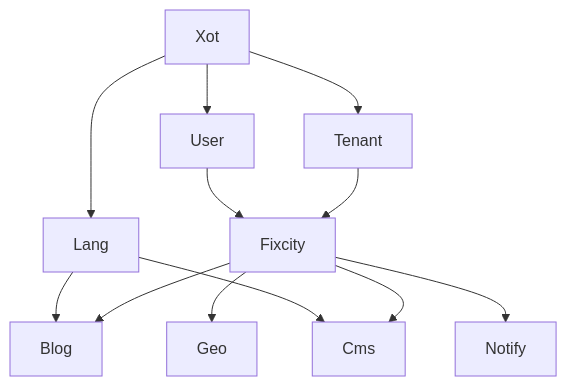
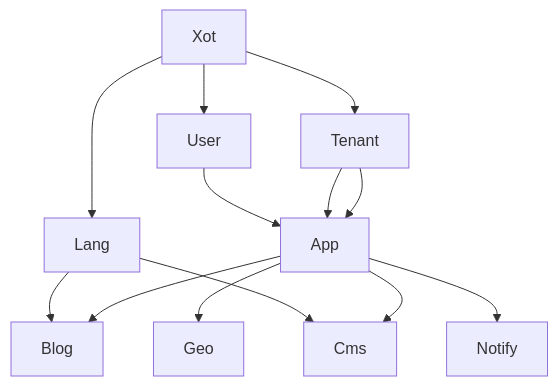
One commit to laraxot/base_techplanner_fila5 changed the diagram in laravel/Modules/Notify/docs/project_docs/architecture.md. Above: the diagram before and after it, drawn with Mermaid. The commit also changed other lines of this file and 13885 other files, not shown here.

````diff
--- a/laravel/Modules/Notify/docs/project_docs/architecture.md
+++ b/laravel/Modules/Notify/docs/project_docs/architecture.md
@@ -94,14 +98,15 @@
 ```mermaid
 graph TD
     A[Xot] --> B[Tenant]
     A --> C[User]
     A --> D[Lang]
     B --> E[Fixcity]
+    B --> E[App]
     C --> E
     E --> F[Blog]
     E --> G[Cms]
     E --> H[Geo]
     E --> I[Notify]
     D --> F
     D --> G
 ```
````
